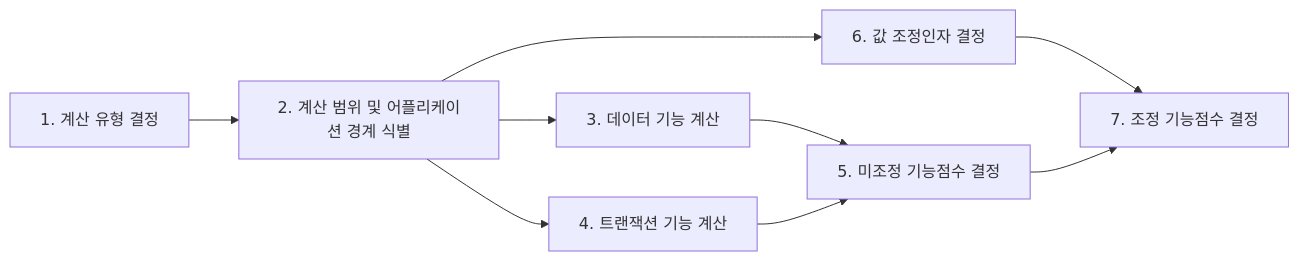
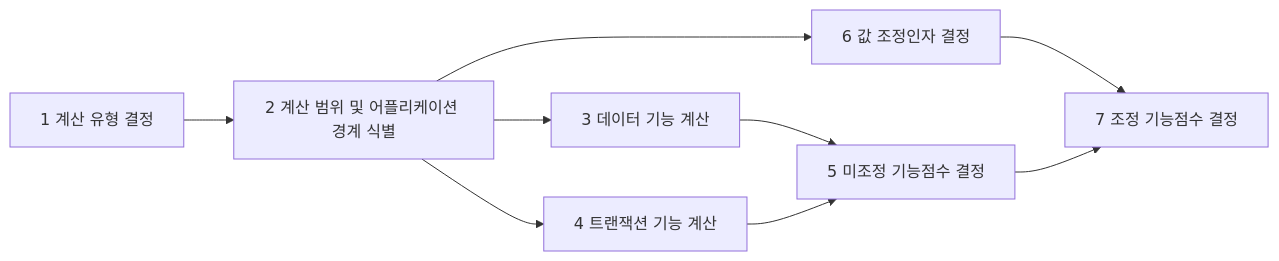
One commit to gracefullight/gracefullight.github.io changed the diagram in blog/pe/pm/function-point.md. Above: the diagram before and after it, drawn with Mermaid. The commit also changed other lines of this file and 13 other files, not shown here.

````diff
--- a/blog/pe/pm/function-point.md
+++ b/blog/pe/pm/function-point.md
@@ -20,19 +20,19 @@
 ```mermaid
 graph LR
-  계산유형결정[1. 계산 유형 결정]
-  계산범위식별[2. 계산 범위 및 어플리케이션 경계 식별]
-  데이터기능계산[3. 데이터 기능 계산]
-  트랜잭션기능계산[4. 트랜잭션 기능 계산]
-  미조정기능점수결정[5. 미조정 기능점수 결정]
-  값조정인자결정[6. 값 조정인자 결정]
-  조정기능점수결정[7. 조정 기능점수 결정]
+  계산유형결정[1 계산 유형 결정]
+  계산범위식별[2 계산 범위 및 어플리케이션 경계 식별]
+  데이터기능계산[3 데이터 기능 계산]
+  트랜잭션기능계산[4 트랜잭션 기능 계산]
+  미조정기능점수결정[5 미조정 기능점수 결정]
+  값조정인자결정[6 값 조정인자 결정]
+  조정기능점수결정[7 조정 기능점수 결정]
 
   계산유형결정 --> 계산범위식별
   계산범위식별 --> 데이터기능계산
   계산범위식별 --> 트랜잭션기능계산
     데이터기능계산 --> 미조정기능점수결정
     트랜잭션기능계산 --> 미조정기능점수결정
   계산범위식별 --> 값조정인자결정
     값조정인자결정 --> 조정기능점수결정
   미조정기능점수결정 --> 조정기능점수결정
 ```
````
